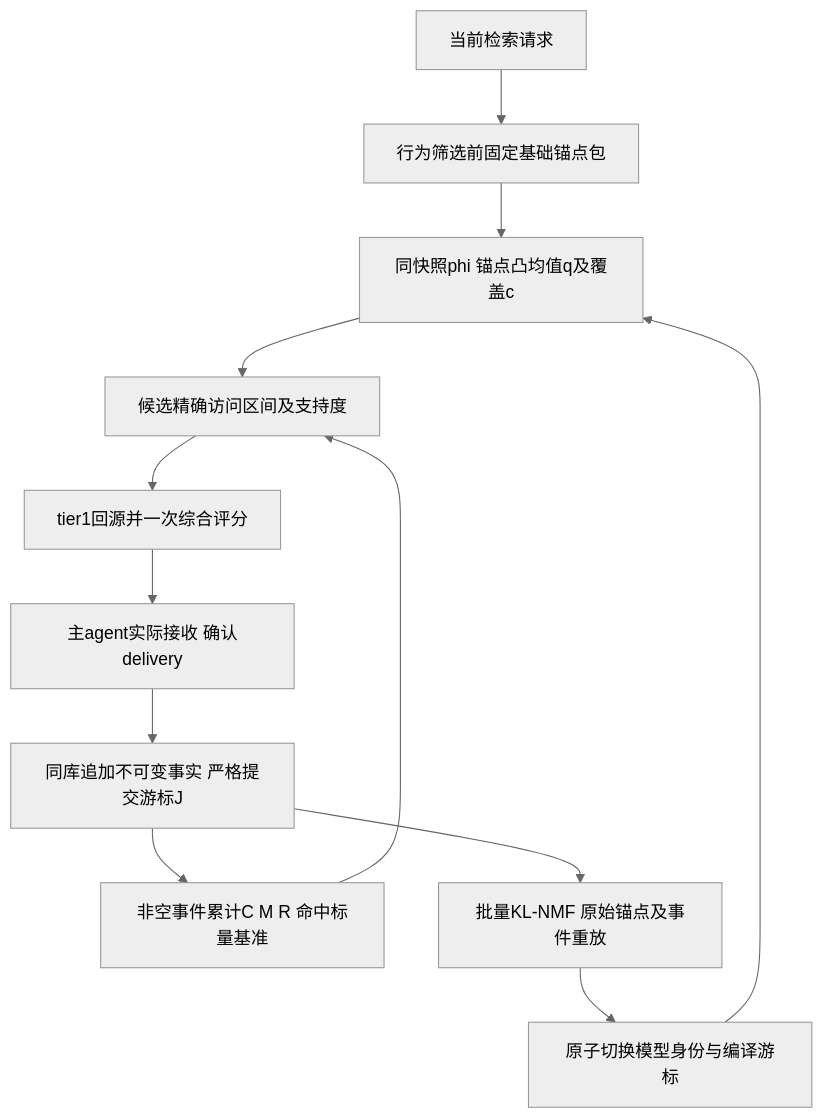
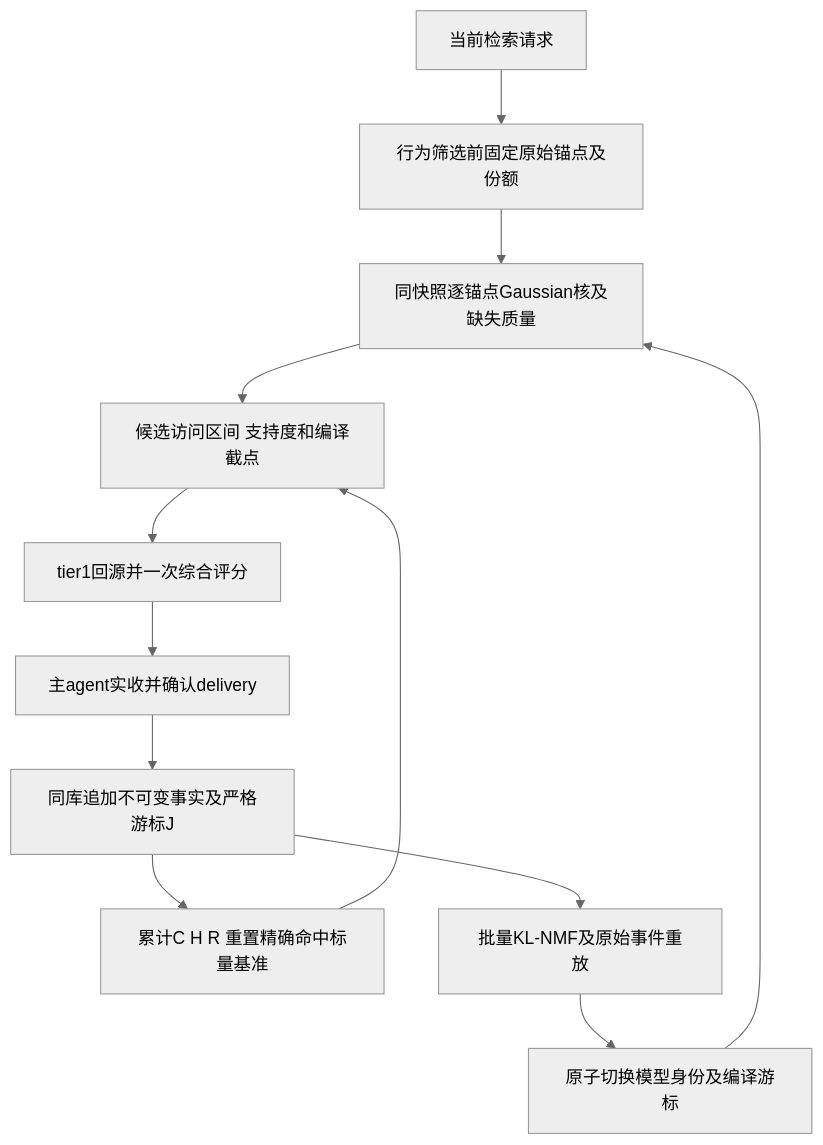
One commit to YS-Pan/basePack changed the diagram in devDoc/tasks/20261115-real-use-rectification/target-architecture.md. Above: the diagram before and after it, drawn with Mermaid (neutral theme). The commit also changed other lines of this file and 16 other files, not shown here.

Commit message:
docs(memory): select Gaussian soft decay and align system diagrams

````diff
--- a/devDoc/tasks/20261115-real-use-rectification/target-architecture.md
+++ b/devDoc/tasks/20261115-real-use-rectification/target-architecture.md
@@ -129,14 +106,14 @@
 ```mermaid
 flowchart TD
-  Q[当前检索请求] --> A[行为筛选前固定基础锚点包]
-  A --> R[同快照phi 锚点凸均值q及覆盖c]
-  R --> U[候选精确访问区间及支持度]
+  Q[当前检索请求] --> A[行为筛选前固定原始锚点及份额]
+  A --> R[同快照逐锚点Gaussian核及缺失质量]
+  R --> U[候选访问区间 支持度和编译截点]
   U --> S[tier1回源并一次综合评分]
-  S --> D[主agent实际接收 确认delivery]
-  D --> E[同库追加不可变事实 严格提交游标J]
-  E --> C[非空事件累计C M R 命中标量基准]
+  S --> D[主agent实收并确认delivery]
+  D --> E[同库追加不可变事实及严格游标J]
+  E --> C[累计C H R 重置精确命中标量基准]
   C --> U
-  E --> N[批量KL-NMF 原始锚点及事件重放]
-  N --> P[原子切换模型身份与编译游标]
+  E --> N[批量KL-NMF及原始事件重放]
+  N --> P[原子切换模型身份及编译游标]
   P --> R
 ```
````
